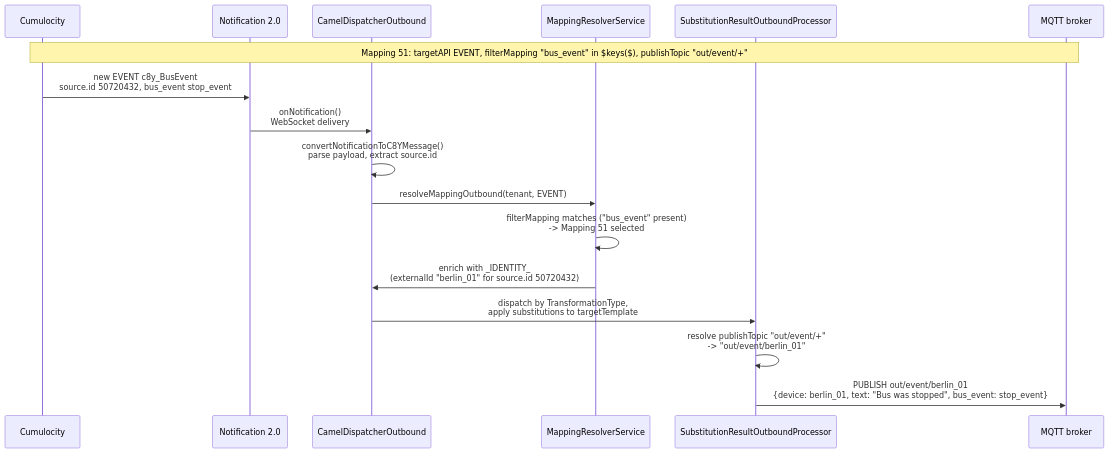
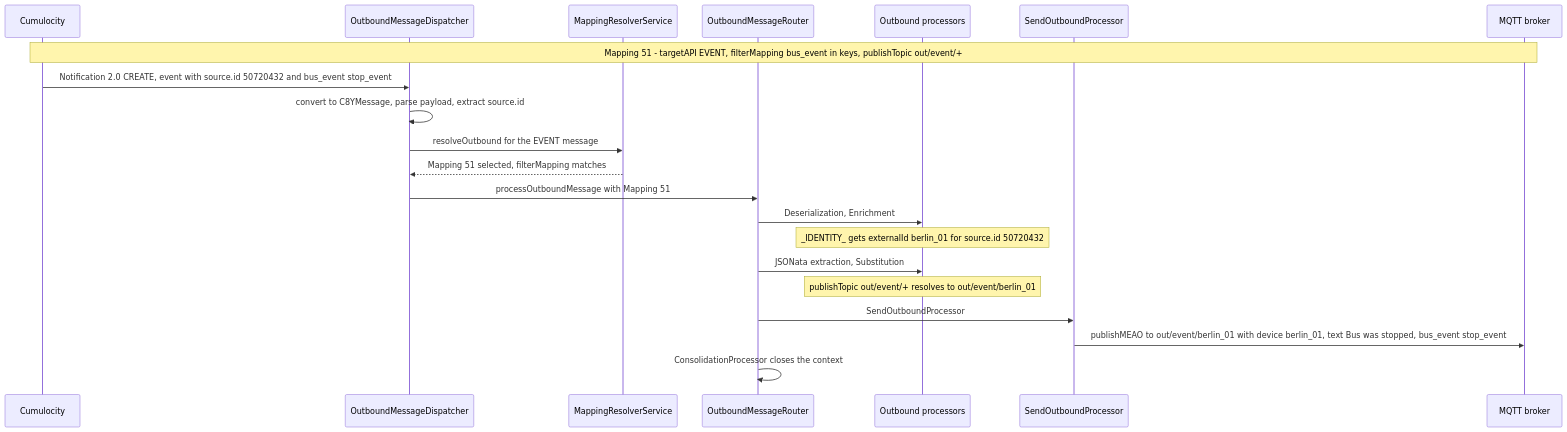
Before and after one commit to Cumulocity-IoT/cumulocity-dynamic-mapper: the second of 2 diagrams in docs/feature/mapping-processing-outbound.md, drawn with Mermaid. The commit also changed other lines of this file and 12 other files, not shown here.

````diff
--- a/docs/feature/mapping-processing-outbound.md
+++ b/docs/feature/mapping-processing-outbound.md
@@ -218,20 +293,24 @@
 ```mermaid
 sequenceDiagram
     participant C8Y as Cumulocity
-    participant Notif as Notification 2.0
-    participant Dispatch as CamelDispatcherOutbound
+    participant Disp as OutboundMessageDispatcher
     participant Resolve as MappingResolverService
-    participant Subst as SubstitutionResultOutboundProcessor
+    participant Router as OutboundMessageRouter
+    participant Proc as Outbound processors
+    participant Send as SendOutboundProcessor
     participant Broker as MQTT broker
 
-    Note over C8Y,Broker: Mapping 51: targetAPI EVENT, filterMapping "bus_event" in $keys($), publishTopic "out/event/+"
-    C8Y->>Notif: new EVENT c8y_BusEvent<br/>source.id 50720432, bus_event stop_event
-    Notif->>Dispatch: onNotification()<br/>WebSocket delivery
-    Dispatch->>Dispatch: convertNotificationToC8YMessage()<br/>parse payload, extract source.id
-    Dispatch->>Resolve: resolveMappingOutbound(tenant, EVENT)
-    Resolve->>Resolve: filterMapping matches ("bus_event" present)<br/>-> Mapping 51 selected
-    Resolve->>Dispatch: enrich with _IDENTITY_<br/>(externalId "berlin_01" for source.id 50720432)
-    Dispatch->>Subst: dispatch by TransformationType,<br/>apply substitutions to targetTemplate
-    Subst->>Subst: resolve publishTopic "out/event/+"<br/>-> "out/event/berlin_01"
-    Subst->>Broker: PUBLISH out/event/berlin_01<br/>{device: berlin_01, text: "Bus was stopped", bus_event: stop_event}
+    Note over C8Y,Broker: Mapping 51 - targetAPI EVENT, filterMapping bus_event in keys, publishTopic out/event/+
+    C8Y->>Disp: Notification 2.0 CREATE, event with source.id 50720432 and bus_event stop_event
+    Disp->>Disp: convert to C8YMessage, parse payload, extract source.id
+    Disp->>Resolve: resolveOutbound for the EVENT message
+    Resolve-->>Disp: Mapping 51 selected, filterMapping matches
+    Disp->>Router: processOutboundMessage with Mapping 51
+    Router->>Proc: Deserialization, Enrichment
+    Note over Proc: _IDENTITY_ gets externalId berlin_01 for source.id 50720432
+    Router->>Proc: JSONata extraction, Substitution
+    Note over Proc: publishTopic out/event/+ resolves to out/event/berlin_01
+    Router->>Send: SendOutboundProcessor
+    Send->>Broker: publishMEAO to out/event/berlin_01 with device berlin_01, text Bus was stopped, bus_event stop_event
+    Router->>Router: ConsolidationProcessor closes the context
 ```
````
